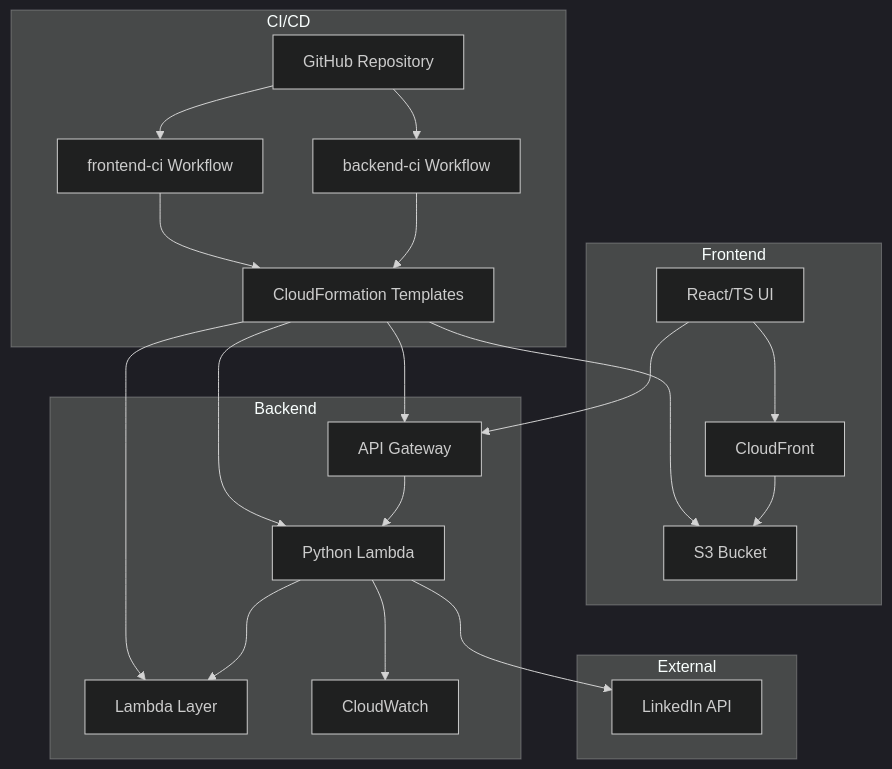
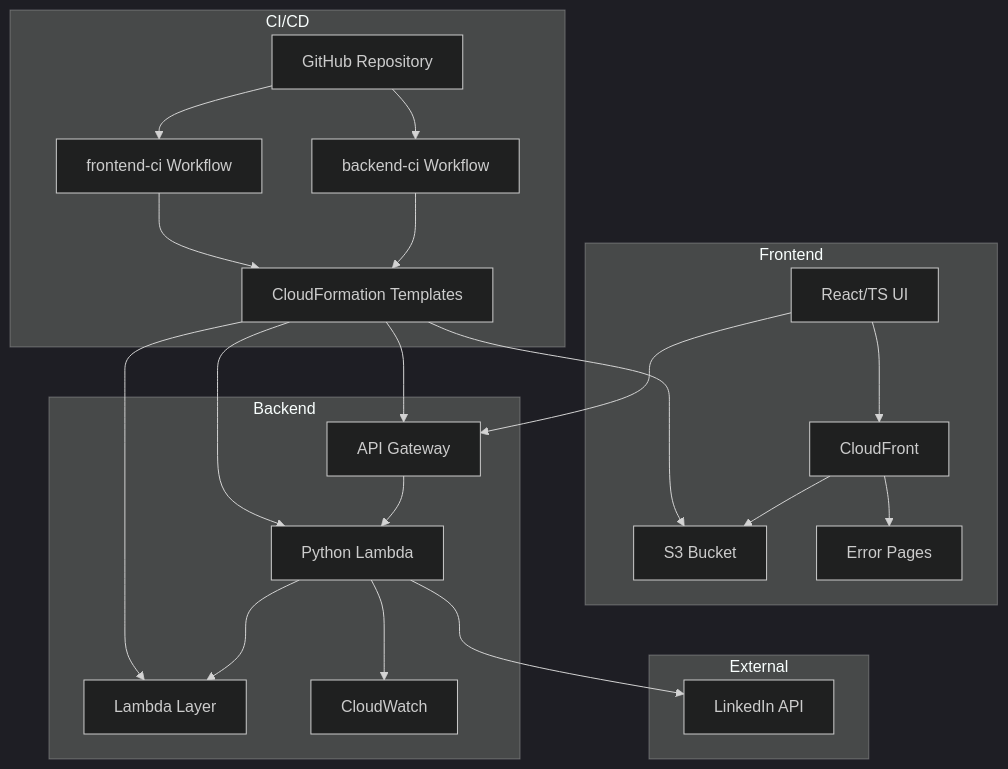
One commit to jamesgarner-me/queens-solver changed the second of 4 diagrams in memory-bank/systemPatterns.md. Above: the diagram before and after it, drawn with Mermaid (dark theme). The commit also changed other lines of this file and 3 other files, not shown here.

````diff
--- a/memory-bank/systemPatterns.md
+++ b/memory-bank/systemPatterns.md
@@ -172,42 +182,44 @@
 ```mermaid
 graph TD
     subgraph "CI/CD"
         GH[GitHub Repository]
         FECI[frontend-ci Workflow]
         BECI[backend-ci Workflow]
         CFN[CloudFormation Templates]
     end
     
     subgraph Frontend
         UI[React/TS UI]
         S3[S3 Bucket]
         CF[CloudFront]
+        ErrPages[Error Pages]
     end
     
     subgraph Backend
         API[API Gateway]
         Lambda[Python Lambda]
         Layer[Lambda Layer]
         CW[CloudWatch]
     end
     
     subgraph External
         LinkedIn[LinkedIn API]
     end
     
     GH --> FECI
     GH --> BECI
     FECI --> CFN
     BECI --> CFN
     CFN --> S3
     CFN --> Lambda
     CFN --> Layer
     CFN --> API
     UI --> CF
     CF --> S3
+    CF --> ErrPages
     UI --> API
     API --> Lambda
     Lambda --> Layer
     Lambda --> CW
     Lambda --> LinkedIn
 ```
````
